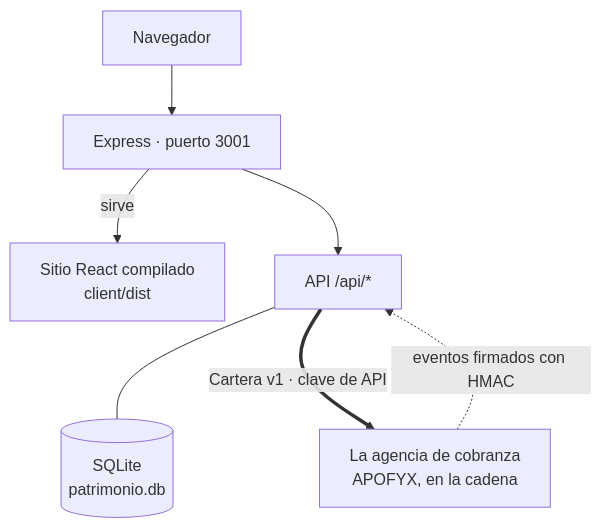
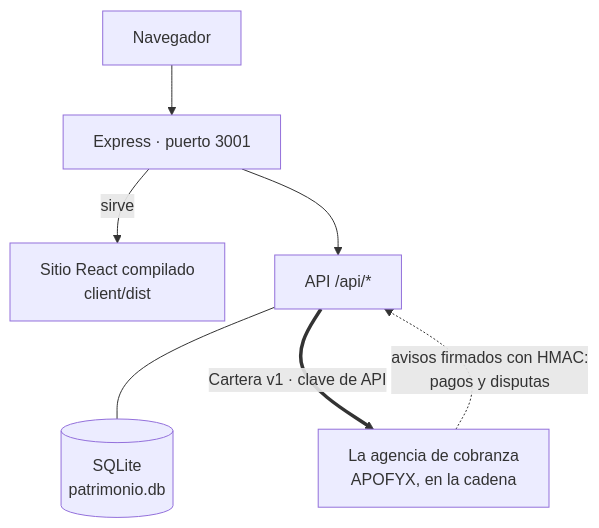
Before and after one commit to TechnicalBridge/patrimonioinmuebles: the first of 2 diagrams in README.md, drawn with Mermaid. The commit also changed other lines of this file and 19 other files, not shown here.

````diff
--- a/README.md
+++ b/README.md
@@ -171,10 +182,10 @@
 ```mermaid
 flowchart TD
     N["Navegador"] --> E["Express · puerto 3001"]
     E -->|"sirve"| C["Sitio React compilado<br/>client/dist"]
     E --> A["API /api/*"]
     A --- B[("SQLite<br/>patrimonio.db")]
 
     A ==>|"Cartera v1 · clave de API"| AP["La agencia de cobranza<br/>APOFYX, en la cadena"]
-    AP -.->|"eventos firmados con HMAC"| A
+    AP -.->|"avisos firmados con HMAC:<br/>pagos y disputas"| A
 ```
````
